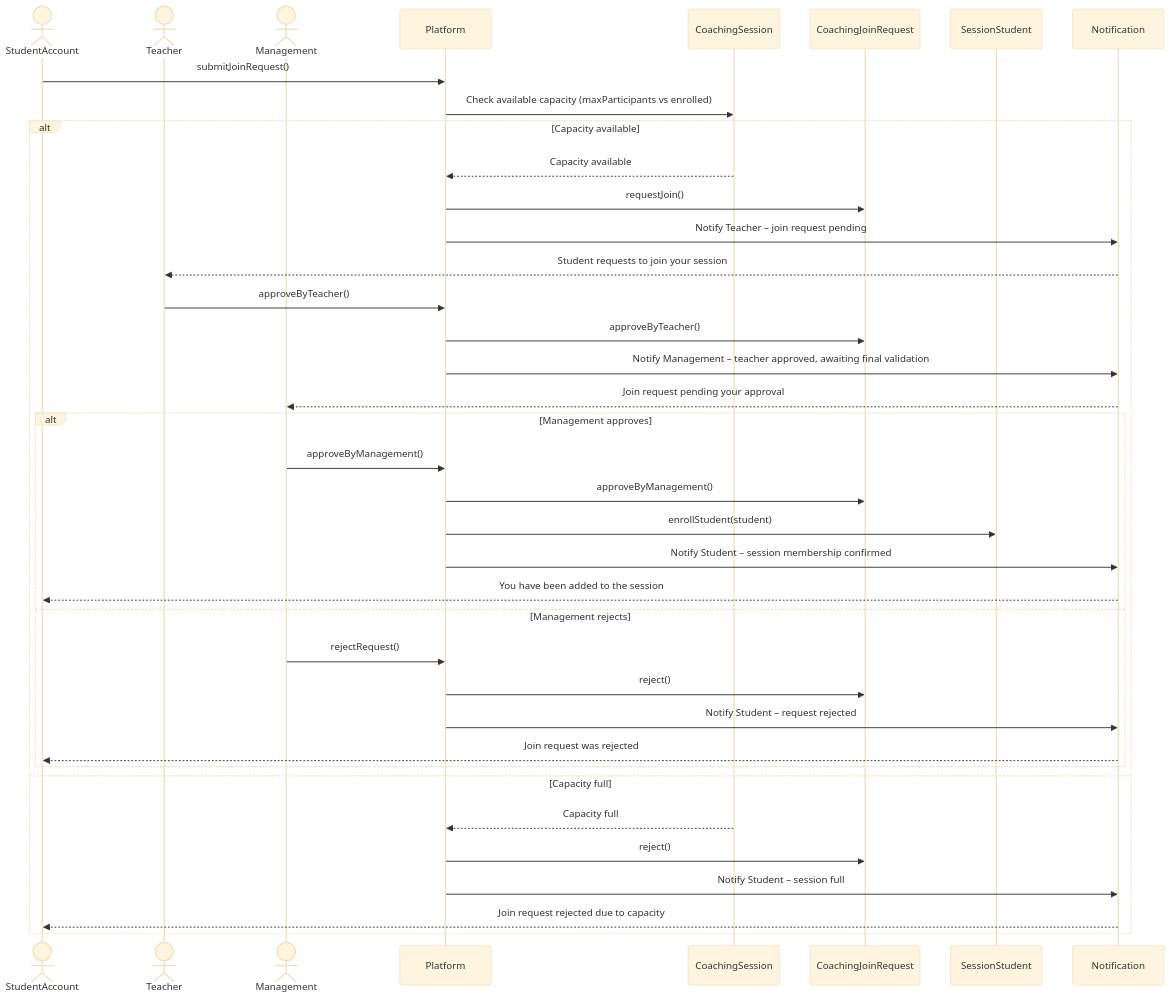
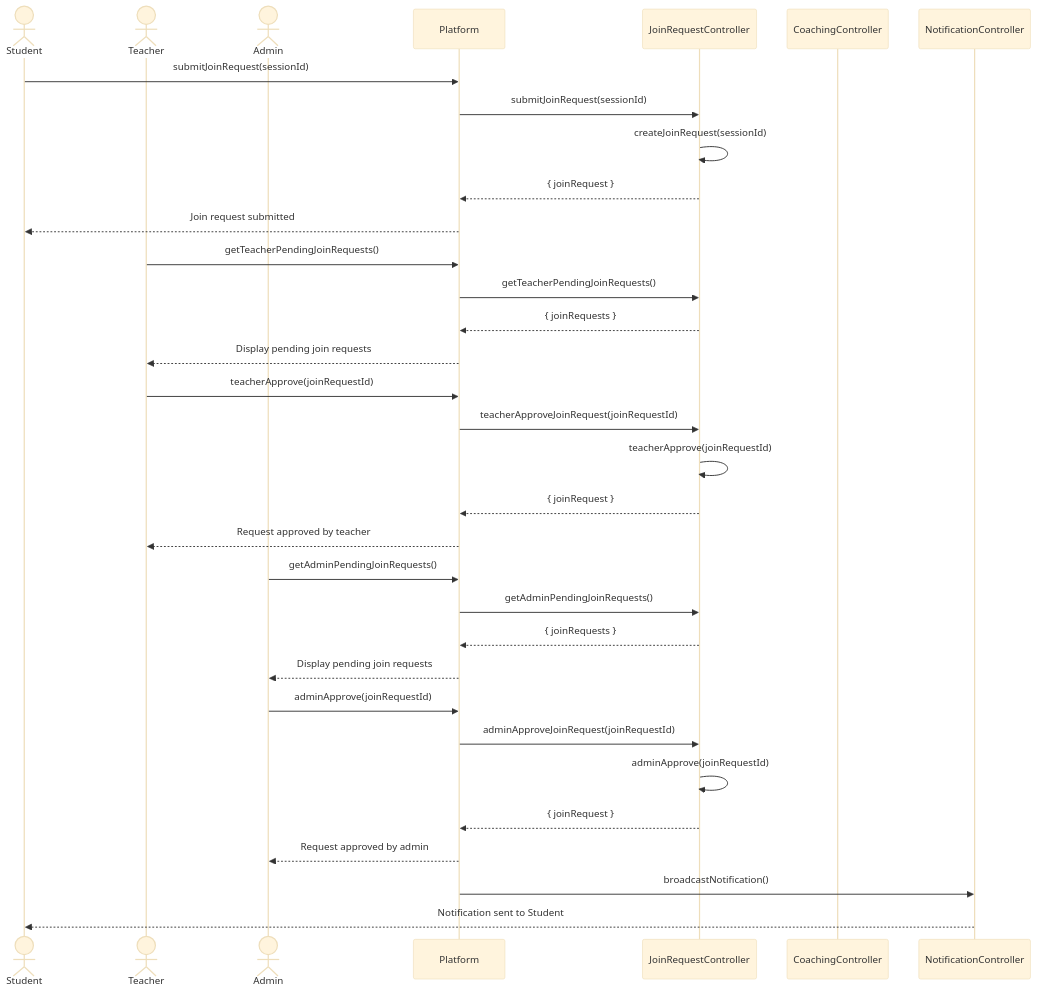
One commit to NovaLogic-Systems/gestArtes-docs changed the sixth of 20 diagrams in diagrams/Sequence Diagram/sequencediagram.md. Above: the diagram before and after it, drawn with Mermaid (base theme). The commit also changed other lines of this file, not shown here.

Commit message:
Refactor sequence diagrams for user authentication, coaching session requests, and admin management

````diff
--- a/diagrams/Sequence Diagram/sequencediagram.md
+++ b/diagrams/Sequence Diagram/sequencediagram.md
@@ -163,41 +156,41 @@
 ```mermaid
 sequenceDiagram
-    actor Student as StudentAccount
+    actor Student
     actor Teacher
-    actor Management
-    participant Platform
-    participant CoachingSession
-    participant CoachingJoinRequest
-    participant SessionStudent
-    participant Notification
+    actor Admin
+    participant Platform as Platform
+    participant JoinRequestController as JoinRequestController
+    participant CoachingController as CoachingController
+    participant NotificationController as NotificationController
 
-    Student->>Platform: submitJoinRequest()
-    Platform->>CoachingSession: Check available capacity (maxParticipants vs enrolled)
-    alt Capacity available
-        CoachingSession-->>Platform: Capacity available
-        Platform->>CoachingJoinRequest: requestJoin()
-        Platform->>Notification: Notify Teacher – join request pending
-        Notification-->>Teacher: Student requests to join your session
-        Teacher->>Platform: approveByTeacher()
-        Platform->>CoachingJoinRequest: approveByTeacher()
-        Platform->>Notification: Notify Management – teacher approved, awaiting final validation
-        Notification-->>Management: Join request pending your approval
-        alt Management approves
-            Management->>Platform: approveByManagement()
-            Platform->>CoachingJoinRequest: approveByManagement()
-            Platform->>SessionStudent: enrollStudent(student)
-            Platform->>Notification: Notify Student – session membership confirmed
-            Notification-->>Student: You have been added to the session
-        else Management rejects
-            Management->>Platform: rejectRequest()
-            Platform->>CoachingJoinRequest: reject()
-            Platform->>Notification: Notify Student – request rejected
-            Notification-->>Student: Join request was rejected
-        end
-    else Capacity full
-        CoachingSession-->>Platform: Capacity full
-        Platform->>CoachingJoinRequest: reject()
-        Platform->>Notification: Notify Student – session full
-        Notification-->>Student: Join request rejected due to capacity
-    end
+    Student->>Platform: submitJoinRequest(sessionId)
+    Platform->>JoinRequestController: submitJoinRequest(sessionId)
+    JoinRequestController->>JoinRequestController: createJoinRequest(sessionId)
+    JoinRequestController-->>Platform: { joinRequest }
+    Platform-->>Student: Join request submitted
+
+    Teacher->>Platform: getTeacherPendingJoinRequests()
+    Platform->>JoinRequestController: getTeacherPendingJoinRequests()
+    JoinRequestController-->>Platform: { joinRequests }
+    Platform-->>Teacher: Display pending join requests
+
+    Teacher->>Platform: teacherApprove(joinRequestId)
+    Platform->>JoinRequestController: teacherApproveJoinRequest(joinRequestId)
+    JoinRequestController->>JoinRequestController: teacherApprove(joinRequestId)
+    JoinRequestController-->>Platform: { joinRequest }
+    Platform-->>Teacher: Request approved by teacher
+
+    Admin->>Platform: getAdminPendingJoinRequests()
+    Platform->>JoinRequestController: getAdminPendingJoinRequests()
+    JoinRequestController-->>Platform: { joinRequests }
+    Platform-->>Admin: Display pending join requests
+
+    Admin->>Platform: adminApprove(joinRequestId)
+    Platform->>JoinRequestController: adminApproveJoinRequest(joinRequestId)
+    JoinRequestController->>JoinRequestController: adminApprove(joinRequestId)
+    JoinRequestController-->>Platform: { joinRequest }
+    Platform-->>Admin: Request approved by admin
+
+    Platform->>NotificationController: broadcastNotification()
+    NotificationController-->>Student: Notification sent to Student
 ```
````
